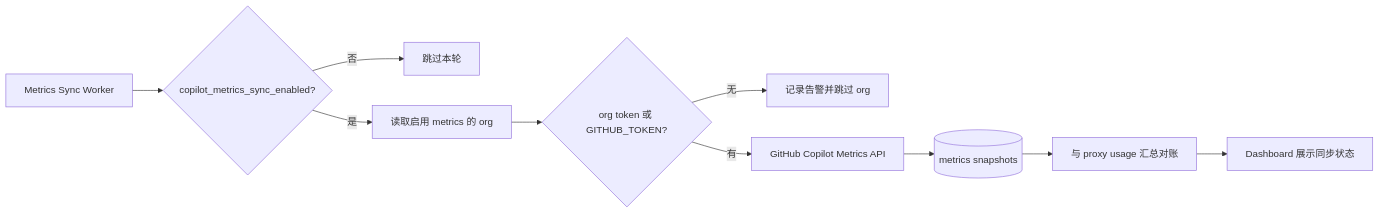
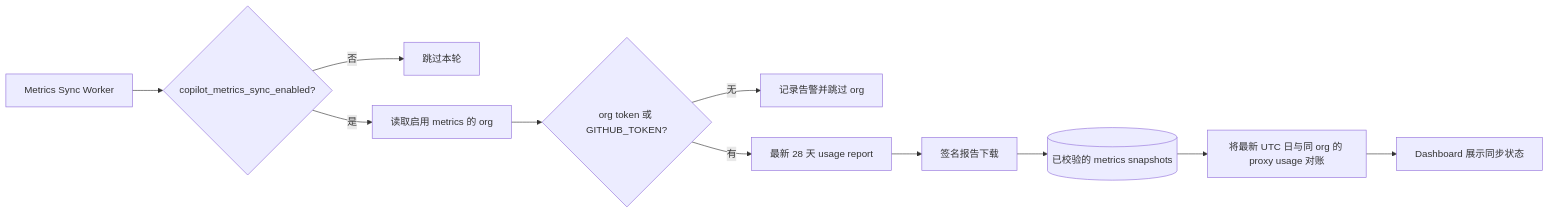
The fifth of 6 diagrams in docs/architecture.zh.md (pczhao1210/ghcp-pool-proxy), drawn with Mermaid before and after one commit. The commit also changed 5 other files, not shown here.

````diff
--- a/docs/architecture.zh.md
+++ b/docs/architecture.zh.md
@@ -94,12 +94,13 @@
 ```mermaid
 flowchart LR
   Worker["Metrics Sync Worker"] --> Flag{"copilot_metrics_sync_enabled?"}
   Flag -->|"否"| Skip["跳过本轮"]
   Flag -->|"是"| Orgs["读取启用 metrics 的 org"]
   Orgs --> Token{"org token 或 GITHUB_TOKEN?"}
   Token -->|"无"| Warn["记录告警并跳过 org"]
-  Token -->|"有"| GitHub["GitHub Copilot Metrics API"]
-  GitHub --> Snapshot[(metrics snapshots)]
-  Snapshot --> Reconcile["与 proxy usage 汇总对账"]
+  Token -->|"有"| GitHub["最新 28 天 usage report"]
+  GitHub --> Download["签名报告下载"]
+  Download --> Snapshot[(已校验的 metrics snapshots)]
+  Snapshot --> Reconcile["将最新 UTC 日与同 org 的 proxy usage 对账"]
   Reconcile --> Dashboard["Dashboard 展示同步状态"]
 ```
````
